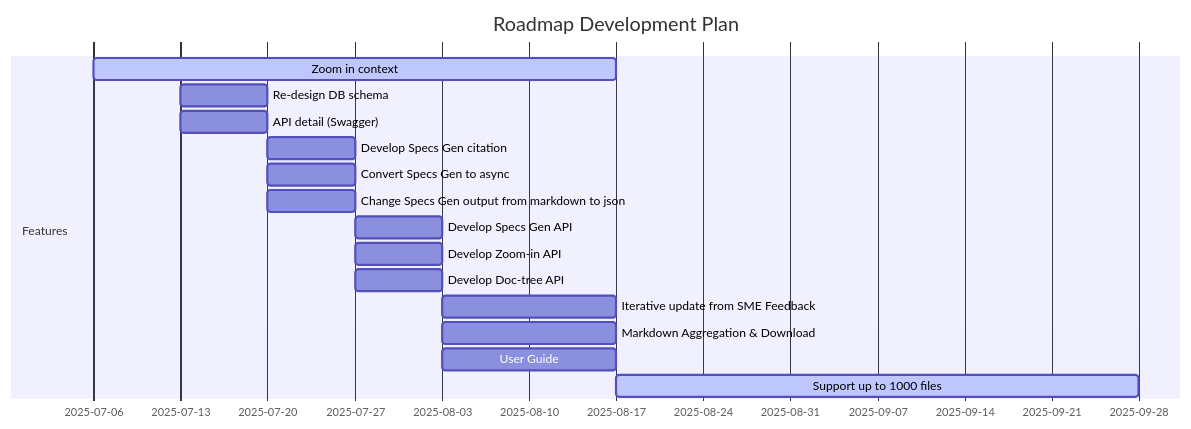
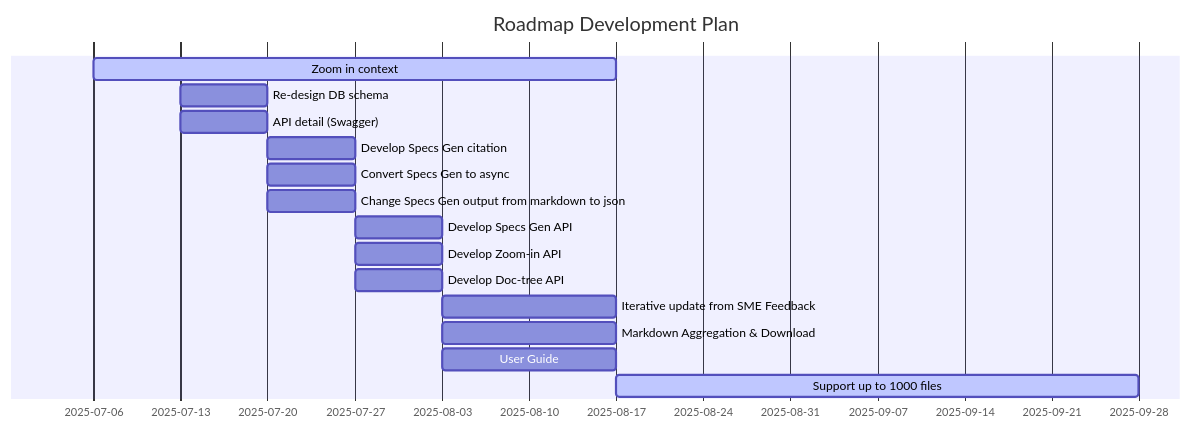
One commit to anhttmle/CAIO changed the diagram in C2B/Phase 2/Roadmap.md. Above: the diagram before and after it, drawn with Mermaid.

````diff
--- a/C2B/Phase 2/Roadmap.md
+++ b/C2B/Phase 2/Roadmap.md
@@ -3,32 +3,31 @@
 ```mermaid
 
 gantt
     title Roadmap Development Plan
     dateFormat  YYYY-MM-DD
     axisFormat  %Y-%m-%d
-    section Features
     Zoom in context                     :active, zoom, 2025-07-06, 2025-08-17
 
     Re-design DB schema                :db_schema, 2025-07-13, 2025-07-20
     API detail (Swagger)            :doc_api, 2025-07-13, 2025-07-20
 
     Develop Specs Gen citation             :citation_api, 2025-07-20, 2025-07-27
     Convert Specs Gen to async         :specs_async, 2025-07-20, 2025-07-27
     Change Specs Gen output from markdown to json             :convert_json, 2025-07-20, 2025-07-27
     
     Develop Specs Gen API   :gen_specs, 2025-07-27, 2025-08-03
     Develop Zoom-in API   :zoom-in, 2025-07-27, 2025-08-03
     Develop Doc-tree API   :doc-tree, 2025-07-27, 2025-08-03
 
     Iterative update from SME Feedback  :optimize, 2025-08-03, 2025-08-17
     Markdown Aggregation & Download   :markdown, 2025-08-03, 2025-08-17
     User Guide          :user-guide, 2025-08-03, 2025-08-17
 
 
     Support up to 1000 files           :active, scale_up, 2025-08-17, 2025-09-28
 
     
 
 
 
 ```
````
